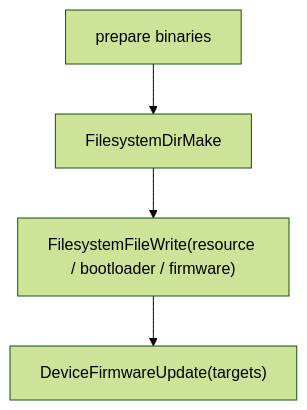
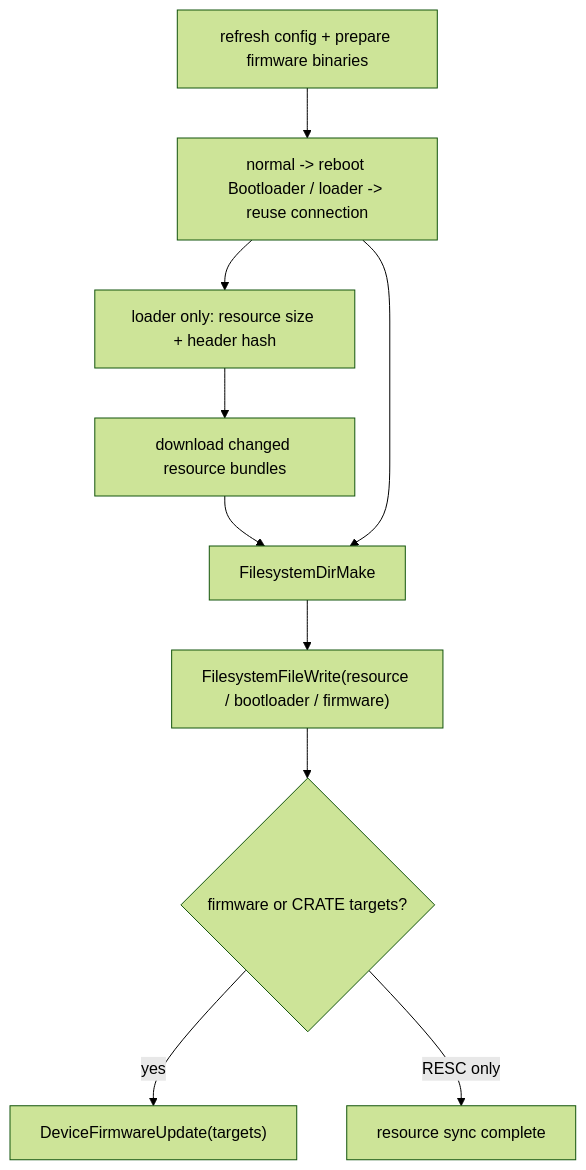
Before and after one commit to OneKeyHQ/hardware-js-sdk: the third of 3 diagrams in docs/architecture/overview.md, drawn with Mermaid (forest theme). The commit also changed other lines of this file and 27 other files, not shown here.

````diff
--- a/docs/architecture/overview.md
+++ b/docs/architecture/overview.md
@@ -152,9 +153,19 @@
 ```mermaid
 flowchart TD
-  Prepare["prepare binaries"]
+  Prepare["refresh config + prepare firmware binaries"]
+  Enter["normal -> reboot Bootloader / loader -> reuse connection"]
+  Inventory["loader only: resource size + header hash"]
+  Download["download changed resource bundles"]
   Mkdir["FilesystemDirMake"]
   Write["FilesystemFileWrite(resource / bootloader / firmware)"]
+  Install{"firmware or CRATE targets?"}
   Update["DeviceFirmwareUpdate(targets)"]
+  Done["resource sync complete"]
 
-  Prepare --> Mkdir --> Write --> Update
+  Prepare --> Enter
+  Enter --> Inventory --> Download --> Mkdir
+  Enter --> Mkdir
+  Mkdir --> Write --> Install
+  Install -->|yes| Update
+  Install -->|RESC only| Done
 ```
````
